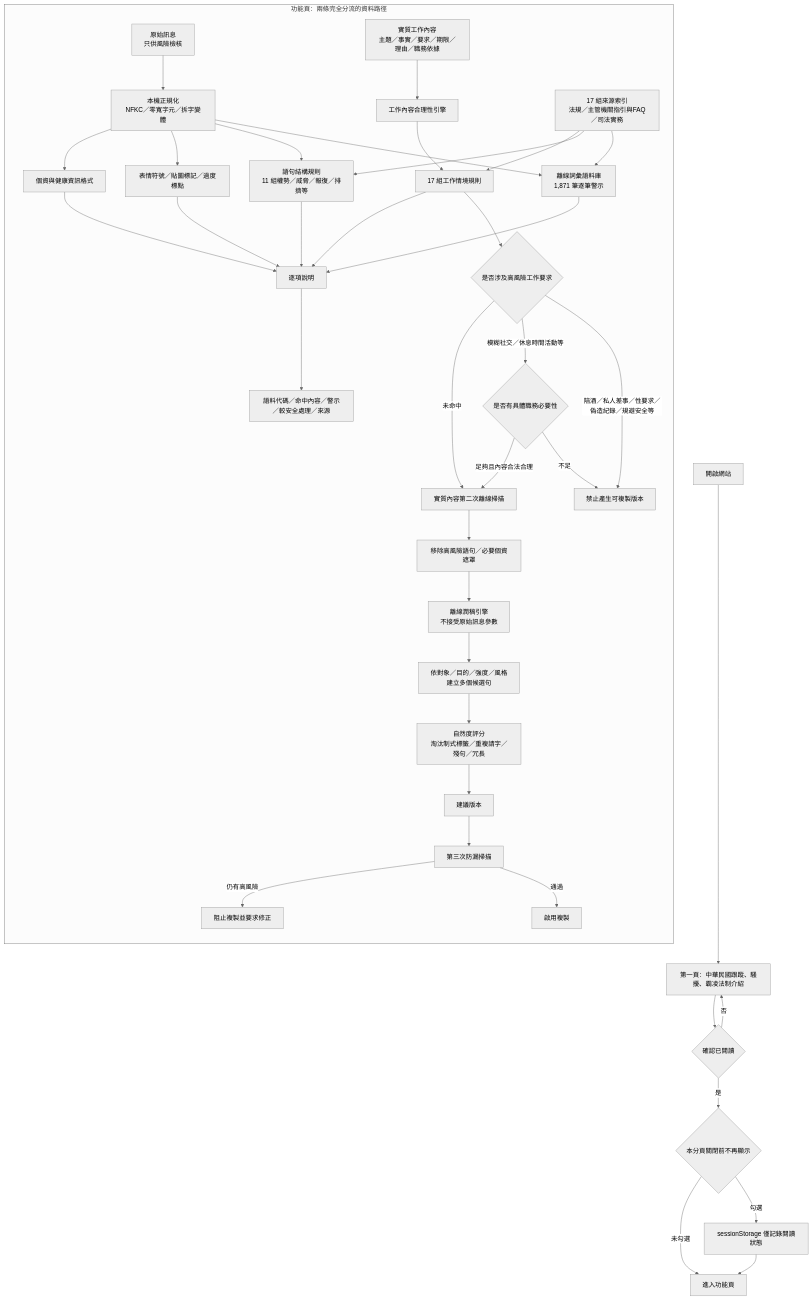
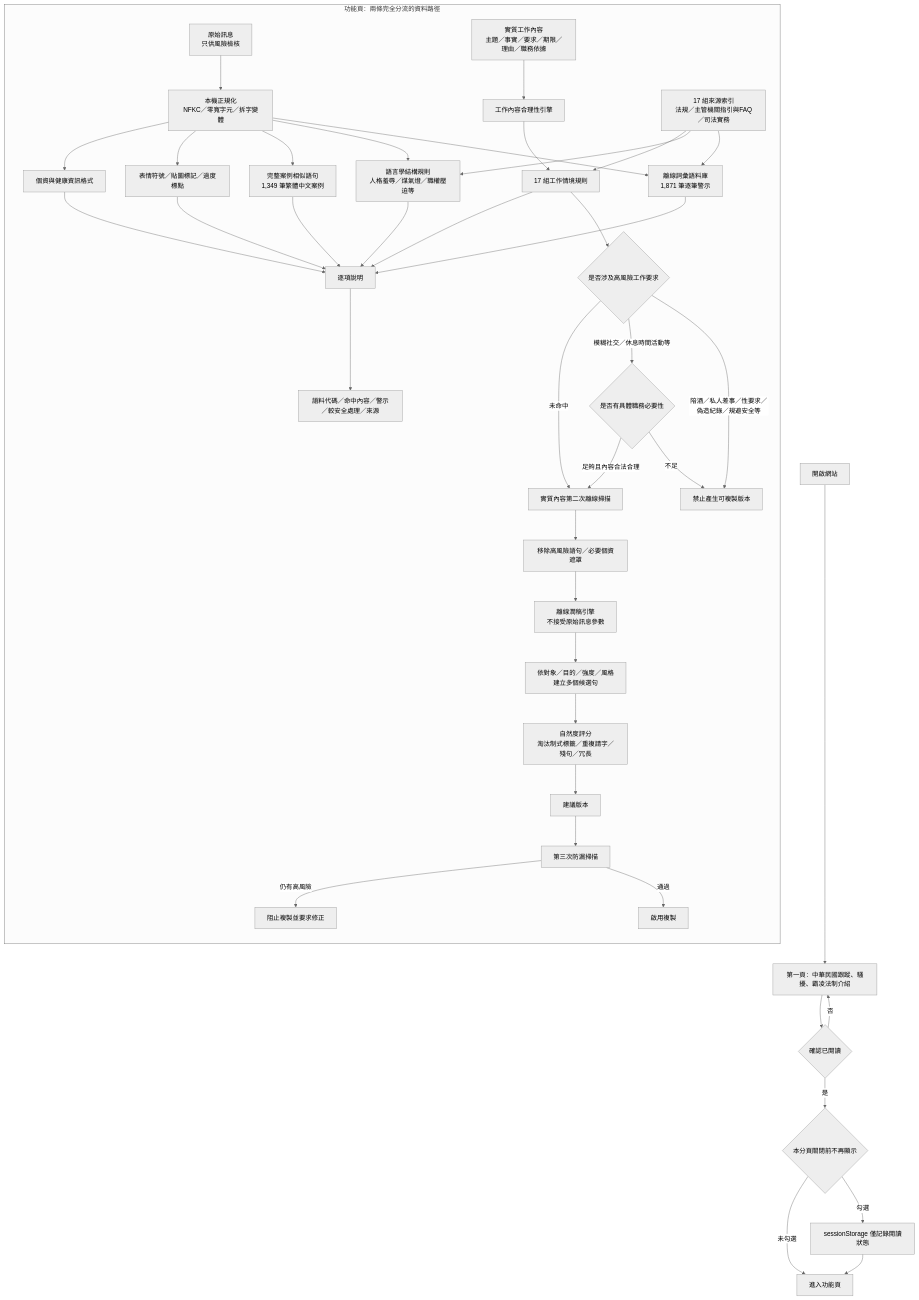
Before and after one commit to cat-cookies/respectful-message-guard: the diagram in ARCHITECTURE.md, drawn with Mermaid (neutral theme). The commit also changed other lines of this file and 19 other files, not shown here.

````diff
--- a/ARCHITECTURE.md
+++ b/ARCHITECTURE.md
@@ -7,47 +7,49 @@
 ```mermaid
 flowchart TD
     A[開啟網站] --> B[第一頁：中華民國跟蹤、騷擾、霸凌法制介紹]
     B --> C{確認已閱讀}
     C -- 否 --> B
     C -- 是 --> D{本分頁關閉前不再顯示}
     D -->|勾選| E[sessionStorage 僅記錄閱讀狀態]
     D -->|未勾選| F[進入功能頁]
     E --> F
 
     subgraph P[功能頁：兩條完全分流的資料路徑]
         direction TB
         R[原始訊息\n只供風險檢核] --> N[本機正規化\nNFKC／零寬字元／拆字變體]
         N --> L1[離線詞彙語料庫\n1,871 筆逐筆警示]
-        N --> L2[語句結構規則\n11 組權勢／威脅／報復／排擠等]
+        N --> L2[語言學結構規則\n人格羞辱／煤氣燈／職權壓迫等]
+        N --> L2B[完整案例相似語句\n1,349 筆繁體中文案例]
         N --> L3[表情符號／貼圖標記／過度標點]
         N --> L4[個資與健康資訊格式]
 
         S[實質工作內容\n主題／事實／要求／期限／理由／職務依據] --> W1[工作內容合理性引擎]
         W1 --> W2[17 組工作情境規則]
         W2 --> W3{是否涉及高風險工作要求}
         W3 -->|陪酒／私人差事／性要求／偽造紀錄／規避安全等| BLOCK1[禁止產生可複製版本]
         W3 -->|模糊社交／休息時間活動等| BASIS{是否有具體職務必要性}
         BASIS -->|不足| BLOCK1
         BASIS -->|足夠且內容合法合理| S2[實質內容第二次離線掃描]
         W3 -->|未命中| S2
 
         S2 --> CLEAN[移除高風險語句／必要個資遮罩]
         CLEAN --> RW[離線潤稿引擎\n不接受原始訊息參數]
         RW --> CAND[依對象／目的／強度／風格\n建立多個候選句]
         CAND --> RANK[自然度評分\n淘汰制式標籤／重複請字／殘句／冗長]
         RANK --> O[建議版本]
         O --> FINAL[第三次防漏掃描]
         FINAL -->|通過| COPY[啟用複製]
         FINAL -->|仍有高風險| BLOCK2[阻止複製並要求修正]
 
         L1 --> NOTE[逐項說明]
         L2 --> NOTE
+        L2B --> NOTE
         L3 --> NOTE
         L4 --> NOTE
         W2 --> NOTE
         SRC[17 組來源索引\n法規／主管機關指引與FAQ／司法實務] --> L1
         SRC --> L2
         SRC --> W2
         NOTE --> EVIDENCE[語料代碼／命中內容／警示／較安全處理／來源]
     end
 ```
````
